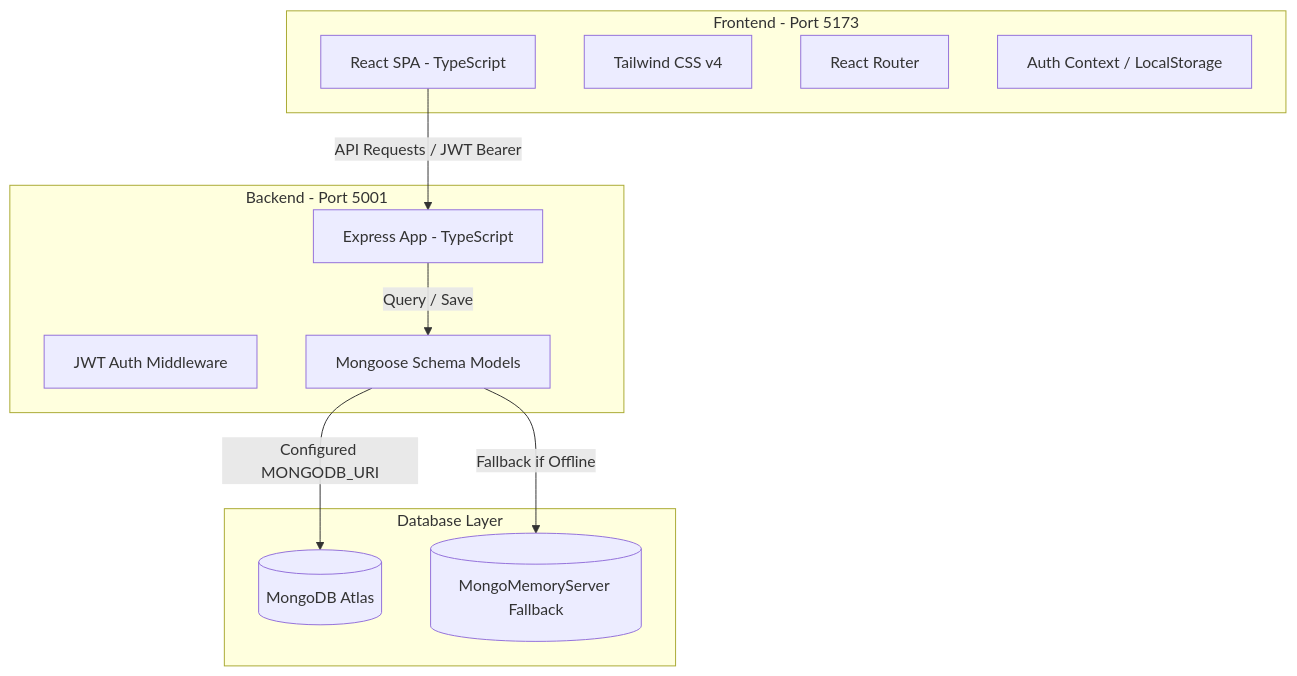
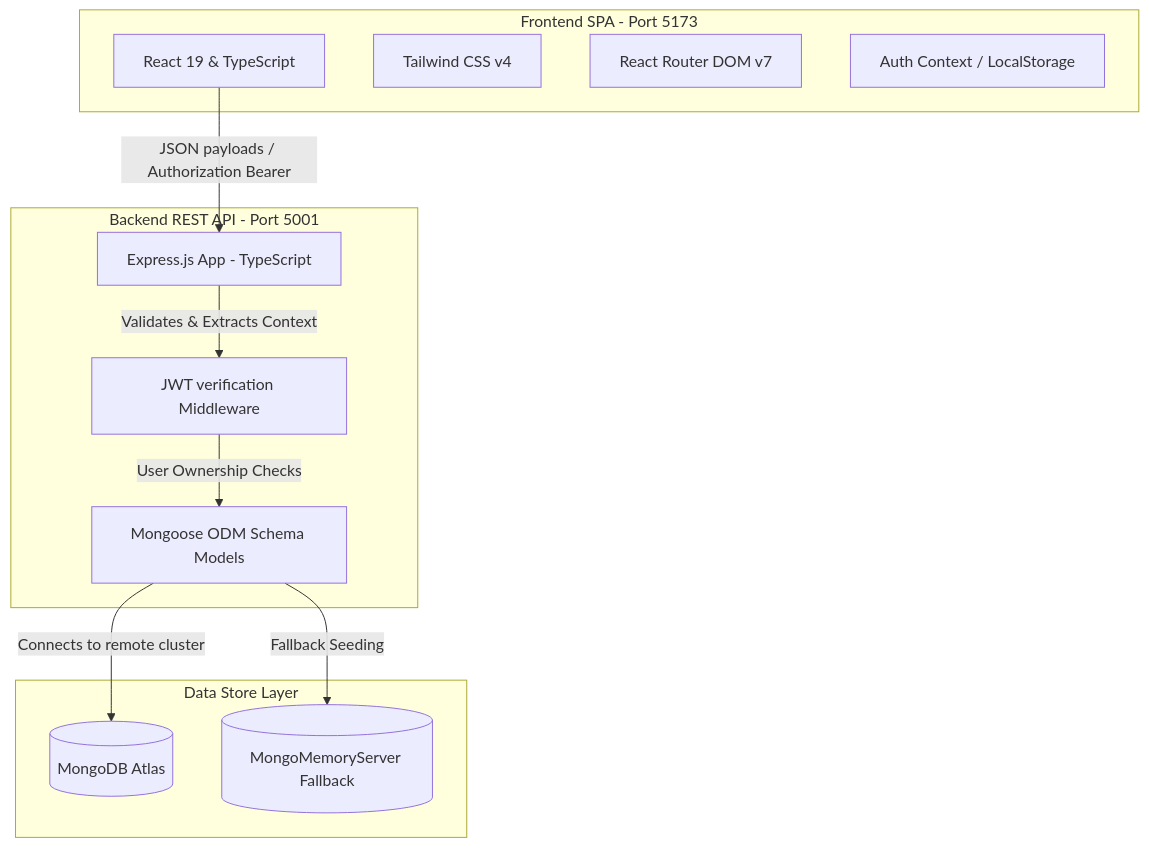
One commit to Sumanth0718/Student-placement-tracker changed the diagram in README.md. Above: the diagram before and after it, drawn with Mermaid. The commit also changed other lines of this file, not shown here.

````diff
--- a/README.md
+++ b/README.md
@@ -13,25 +22,26 @@
 ```mermaid
 graph TD
-    subgraph Client [Frontend - Port 5173]
-        UI[React SPA - TypeScript]
+    subgraph Client [Frontend SPA - Port 5173]
+        UI[React 19 & TypeScript]
         CSS[Tailwind CSS v4]
-        Router[React Router]
-        Ctx[Auth Context / LocalStorage]
+        Router[React Router DOM v7]
+        State[Auth Context / LocalStorage]
     end
 
-    subgraph Server [Backend - Port 5001]
-        API[Express App - TypeScript]
-        JWT[JWT Auth Middleware]
-        Mongoose[Mongoose Schema Models]
+    subgraph Server [Backend REST API - Port 5001]
+        API[Express.js App - TypeScript]
+        Auth[JWT verification Middleware]
+        Mongoose[Mongoose ODM Schema Models]
     end
 
-    subgraph Database [Database Layer]
+    subgraph Storage [Data Store Layer]
         Atlas[(MongoDB Atlas)]
-        MemDB[(MongoMemoryServer Fallback)]
+        Memory[(MongoMemoryServer Fallback)]
     end
 
-    UI -->|API Requests / JWT Bearer| API
-    API -->|Query / Save| Mongoose
-    Mongoose -->|Configured MONGODB_URI| Atlas
-    Mongoose -->|Fallback if Offline| MemDB
+    UI -->|JSON payloads / Authorization Bearer| API
+    API -->|Validates & Extracts Context| Auth
+    Auth -->|User Ownership Checks| Mongoose
+    Mongoose -->|Connects to remote cluster| Atlas
+    Mongoose -->|Fallback Seeding| Memory
 ```
````
